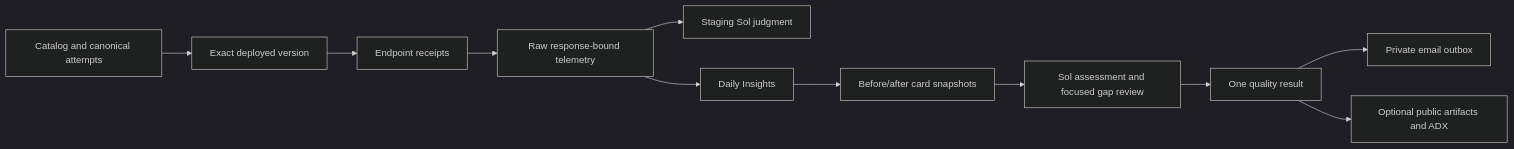
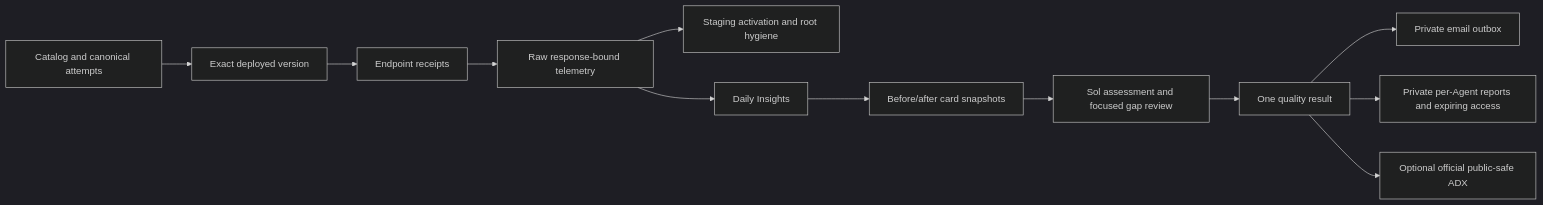
One commit to ninghu/agent-insights-quality changed the diagram in docs/FRAMEWORK_OVERVIEW.md. Above: the diagram before and after it, drawn with Mermaid (dark theme). The commit also changed other lines of this file and 11 other files, not shown here.

````diff
--- a/docs/FRAMEWORK_OVERVIEW.md
+++ b/docs/FRAMEWORK_OVERVIEW.md
@@ -22,13 +22,14 @@
 ```mermaid
 flowchart LR
   A[Catalog and canonical attempts] --> B[Exact deployed version]
   B --> C[Endpoint receipts]
   C --> D[Raw response-bound telemetry]
-  D --> E[Staging Sol judgment]
+  D --> E[Staging activation and root hygiene]
   D --> F[Daily Insights]
   F --> G[Before/after card snapshots]
   G --> H[Sol assessment and focused gap review]
   H --> I[One quality result]
   I --> J[Private email outbox]
-  I --> K[Optional public artifacts and ADX]
+  I --> K[Private per-Agent reports and expiring access]
+  I --> L[Optional official public-safe ADX]
 ```
````
